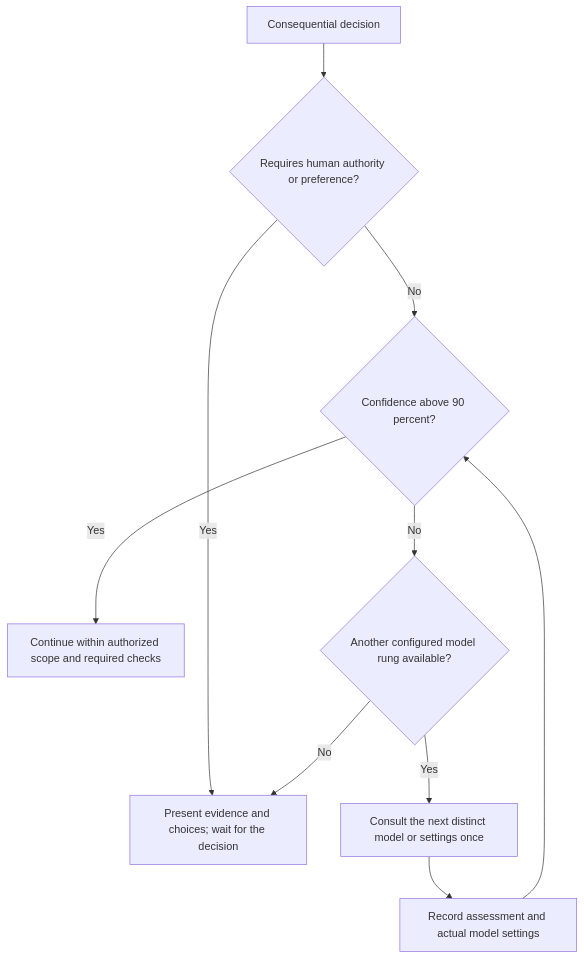
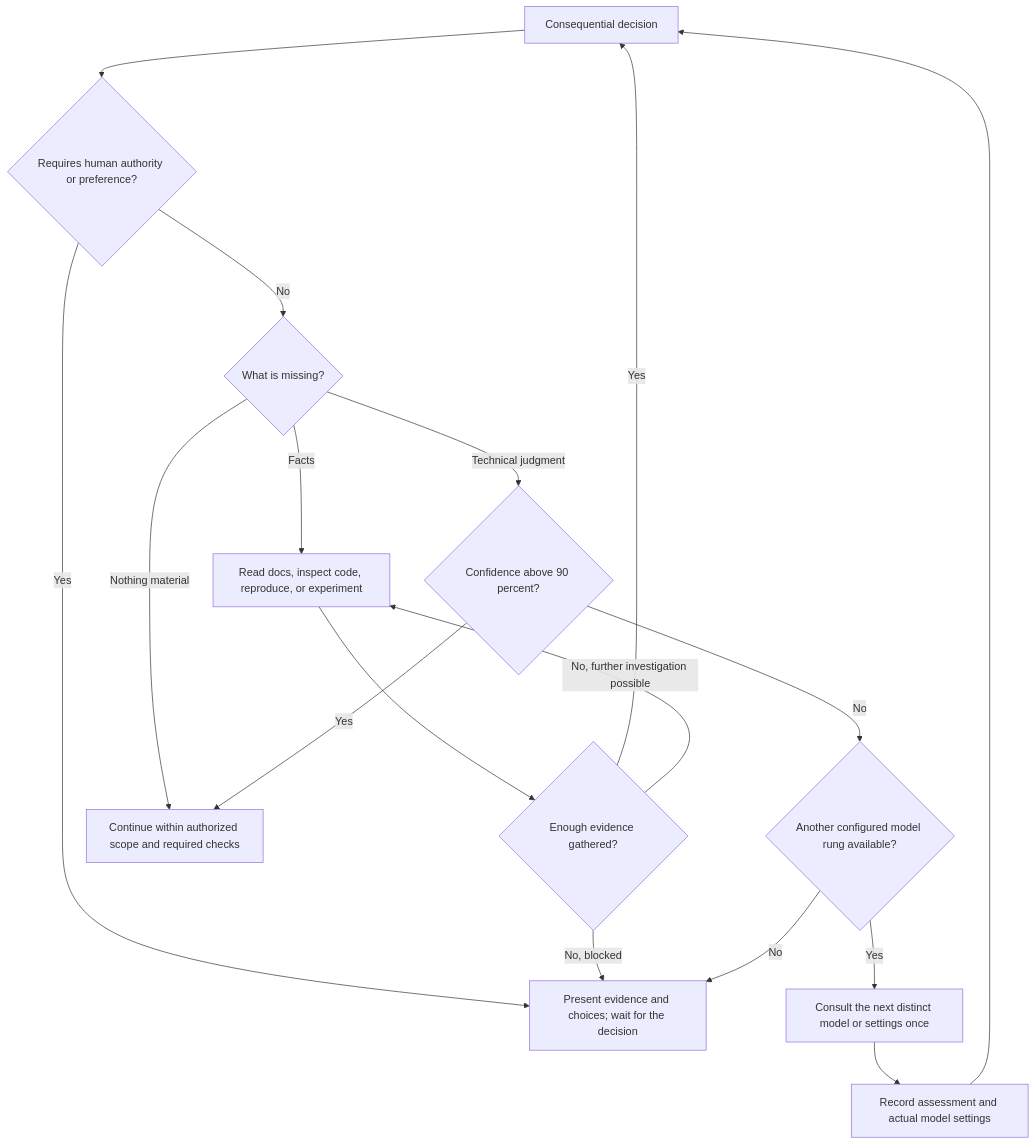
One commit to esmaeilzadeh/agent-starter-kit changed the third of 3 diagrams in README.md. Above: the diagram before and after it, drawn with Mermaid. The commit also changed other lines of this file and 72 other files, not shown here.

````diff
--- a/README.md
+++ b/README.md
@@ -116,12 +128,19 @@
 ```mermaid
 flowchart TD
     Decision[Consequential decision] --> Authority{Requires human authority or preference?}
     Authority -->|Yes| Human[Present evidence and choices; wait for the decision]
-    Authority -->|No| Confidence{Confidence above 90 percent?}
+    Authority -->|No| Missing{What is missing?}
+    Missing -->|Facts| Investigate[Read docs, inspect code, reproduce, or experiment]
+    Investigate --> Evidence{Enough evidence gathered?}
+    Evidence -->|Yes| Decision
+    Evidence -->|No, further investigation possible| Investigate
+    Evidence -->|No, blocked| Human
+    Missing -->|Technical judgment| Confidence{Confidence above 90 percent?}
+    Missing -->|Nothing material| Continue
     Confidence -->|Yes| Continue[Continue within authorized scope and required checks]
     Confidence -->|No| Rung{Another configured model rung available?}
     Rung -->|Yes| Consult[Consult the next distinct model or settings once]
     Consult --> Record[Record assessment and actual model settings]
-    Record --> Confidence
+    Record --> Decision
     Rung -->|No| Human
 ```
````
